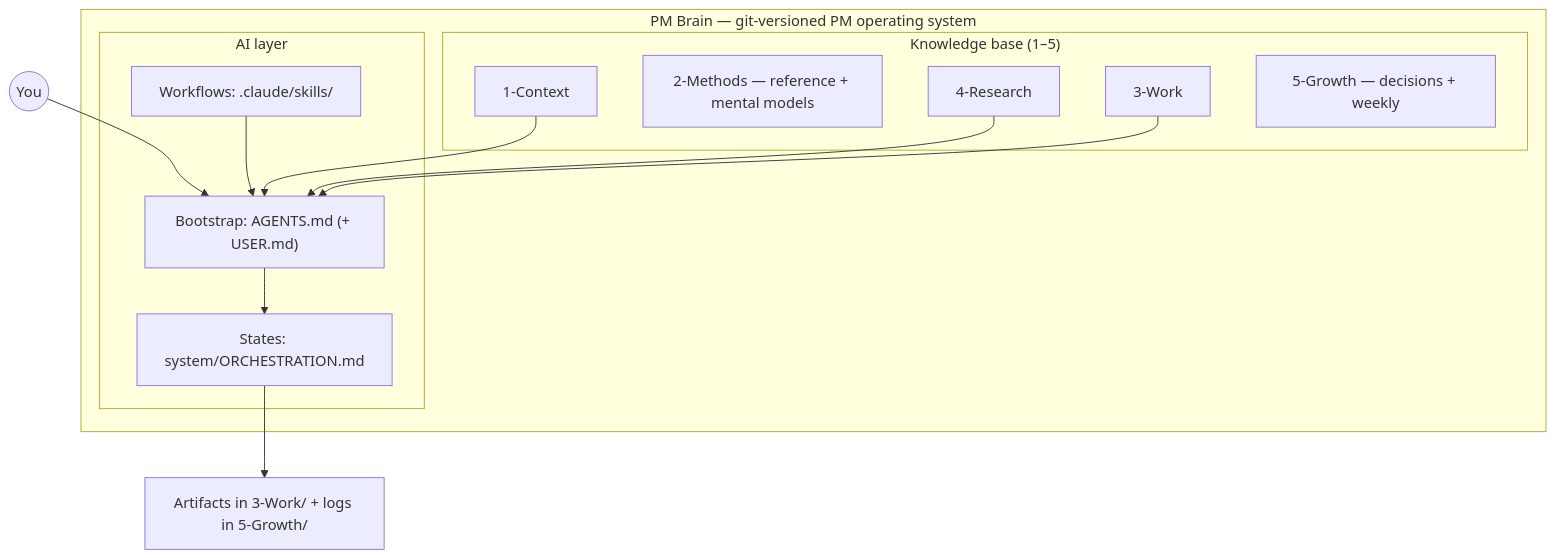
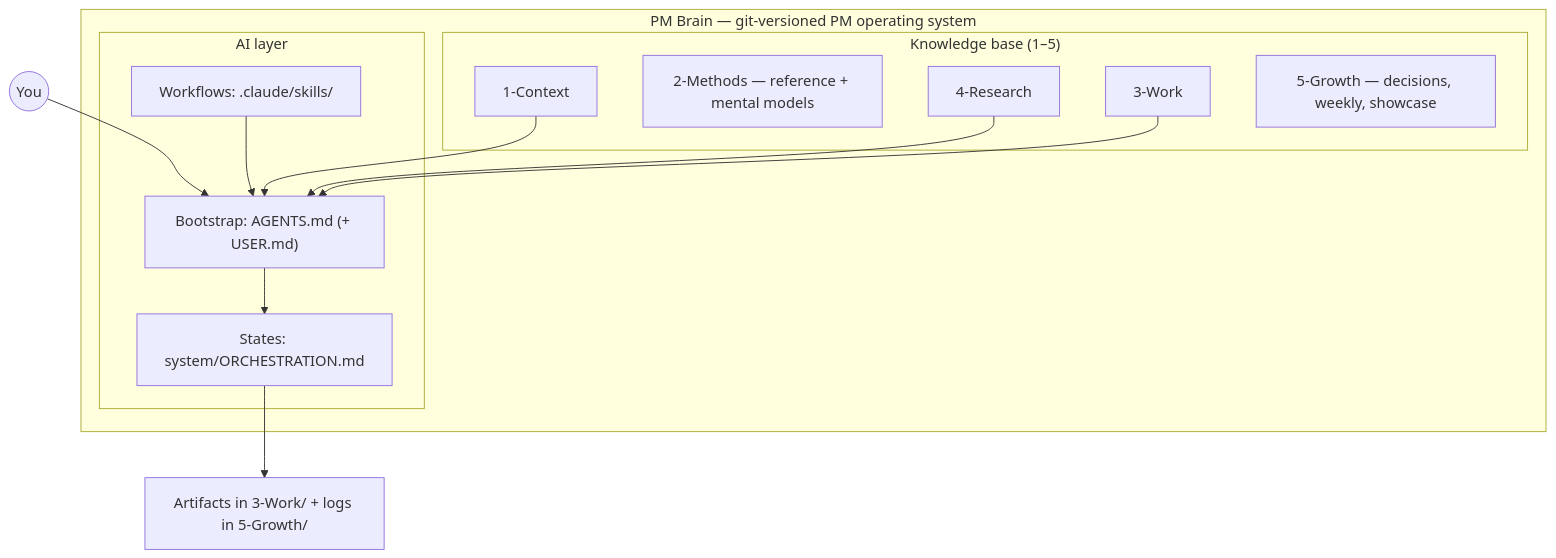
The first of 2 diagrams in docs/architecture.md (andreaskelm/pm-brain), drawn with Mermaid before and after one commit. The commit also changed other lines of this file and 15 other files, not shown here.

Commit message:
Ship 5-Growth scaffolds: decisions log, weekly template, and 1:1 showcase.

````diff
--- a/docs/architecture.md
+++ b/docs/architecture.md
@@ -13,24 +13,24 @@
 ```mermaid
 graph TB
     subgraph repo["PM Brain — git-versioned PM operating system"]
         subgraph kb["Knowledge base (1–5)"]
             B["1-Context"]
             C["2-Methods — reference + mental models"]
             E["3-Work"]
             D["4-Research"]
-            A["5-Growth — decisions + weekly"]
+            A["5-Growth — decisions, weekly, showcase"]
         end
         subgraph ai["AI layer"]
             BOOT["Bootstrap: AGENTS.md (+ USER.md)"]
             SK["Workflows: .claude/skills/"]
             ORCH["States: system/ORCHESTRATION.md"]
         end
     end
     PM(("You")) --> BOOT
     SK --> BOOT
     B --> BOOT
     D --> BOOT
     E --> BOOT
     BOOT --> ORCH
     ORCH --> OUT["Artifacts in 3-Work/ + logs in 5-Growth/"]
 ```
````
